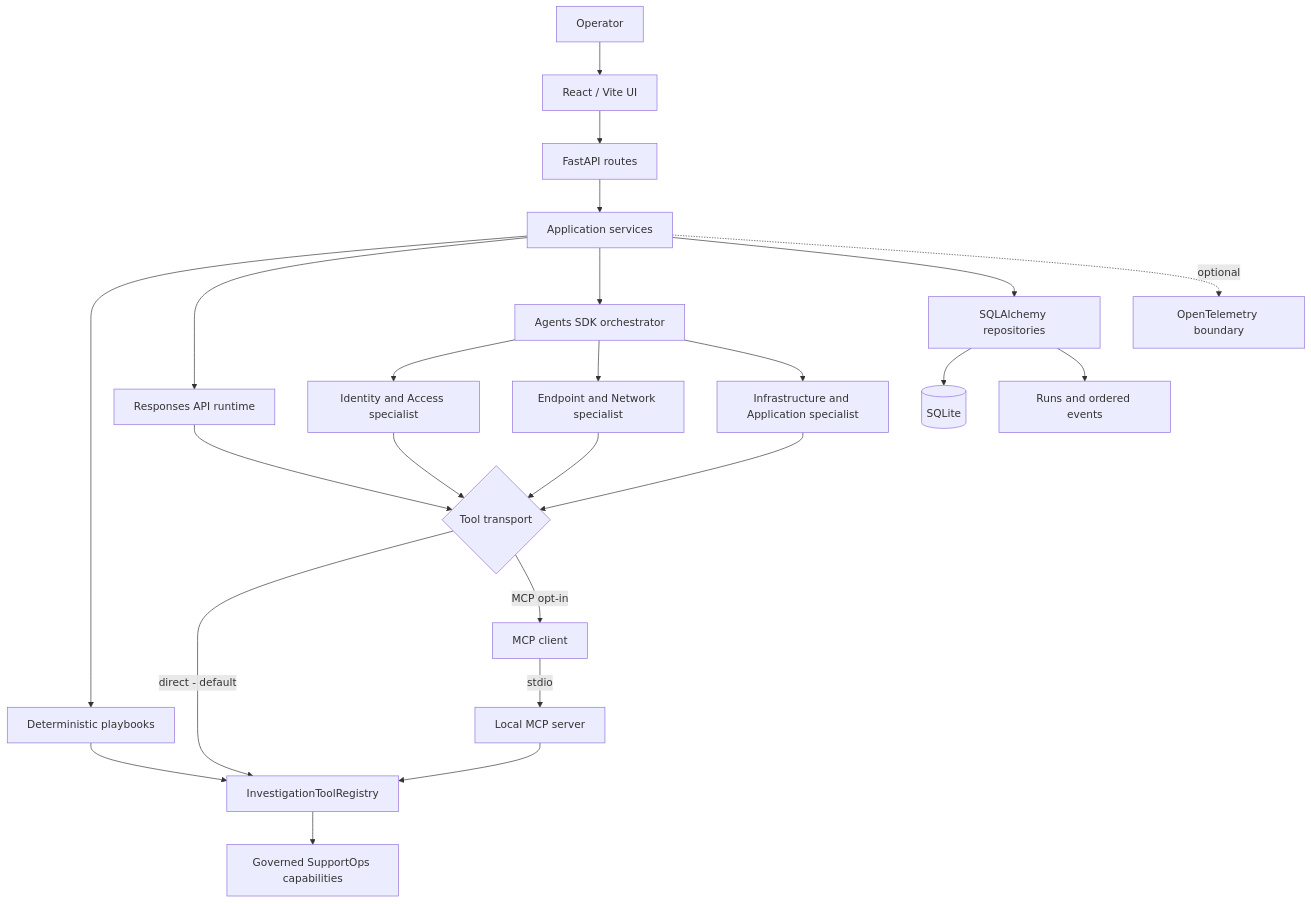
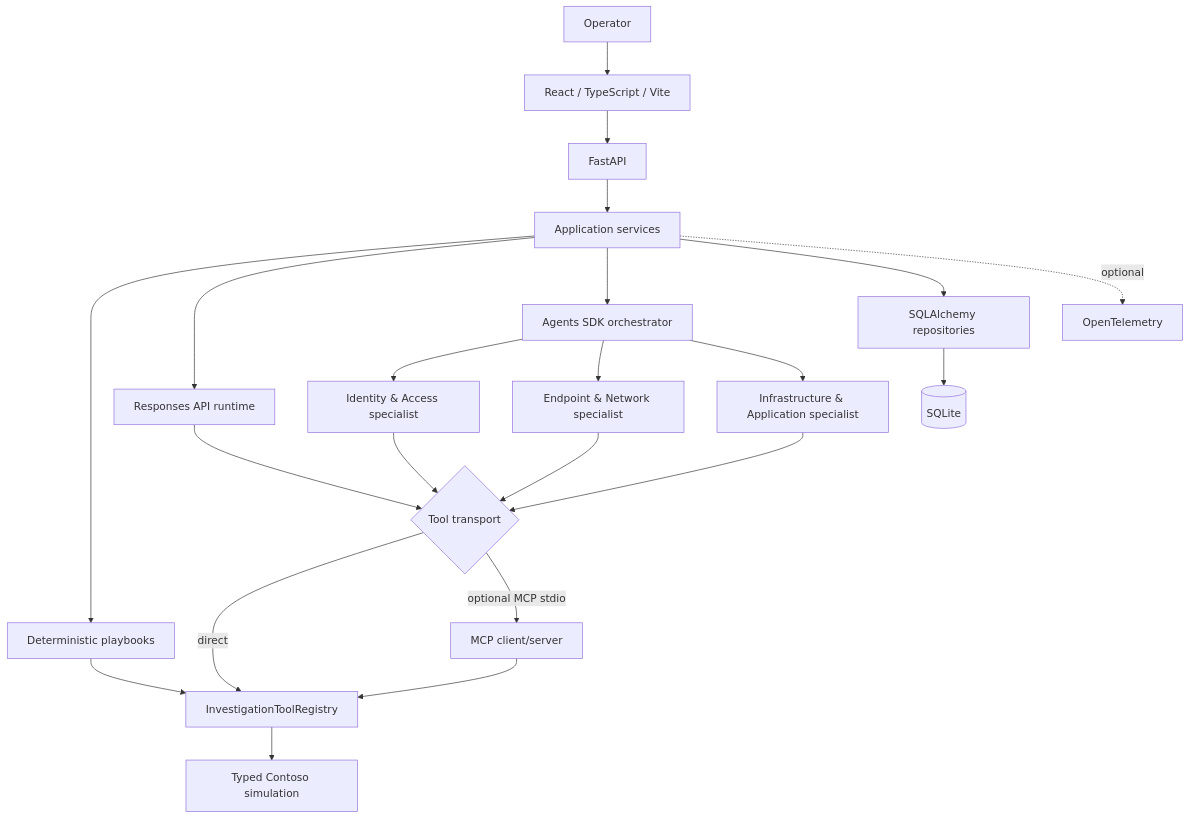
One commit to cmosantos/agentic-supportops changed the second of 2 diagrams in README.md. Above: the diagram before and after it, drawn with Mermaid. The commit also changed other lines of this file, not shown here.

Commit message:
polish repository presentation for v1

````diff
--- a/README.md
+++ b/README.md
@@ -37,26 +63,29 @@
 ```mermaid
 flowchart TD
-    Operator[Operator] --> Web[React / Vite UI]
-    Web --> API[FastAPI routes]
+    Operator[Operator] --> Web[React / TypeScript / Vite]
+    Web --> API[FastAPI]
     API --> Services[Application services]
+
     Services --> Deterministic[Deterministic playbooks]
     Services --> Responses[Responses API runtime]
     Services --> Agents[Agents SDK orchestrator]
-    Agents --> Identity[Identity and Access specialist]
-    Agents --> Endpoint[Endpoint and Network specialist]
-    Agents --> Infra[Infrastructure and Application specialist]
+
+    Agents --> Identity[Identity & Access specialist]
+    Agents --> Endpoint[Endpoint & Network specialist]
+    Agents --> Infra[Infrastructure & Application specialist]
+
     Deterministic --> Registry[InvestigationToolRegistry]
     Responses --> Transport{Tool transport}
     Identity --> Transport
     Endpoint --> Transport
     Infra --> Transport
-    Transport -->|direct - default| Registry
-    Transport -->|MCP opt-in| Client[MCP client]
-    Client -->|stdio| Server[Local MCP server]
-    Server --> Registry
-    Registry --> Capabilities[Governed SupportOps capabilities]
+
+    Transport -->|direct| Registry
+    Transport -->|optional MCP stdio| MCP[MCP client/server]
+    MCP --> Registry
+
+    Registry --> Simulation[Typed Contoso simulation]
     Services --> Repository[SQLAlchemy repositories]
     Repository --> SQLite[(SQLite)]
-    Repository --> History[Runs and ordered events]
-    Services -. optional .-> OTel[OpenTelemetry boundary]
+    Services -. optional .-> OTel[OpenTelemetry]
 ```
````
